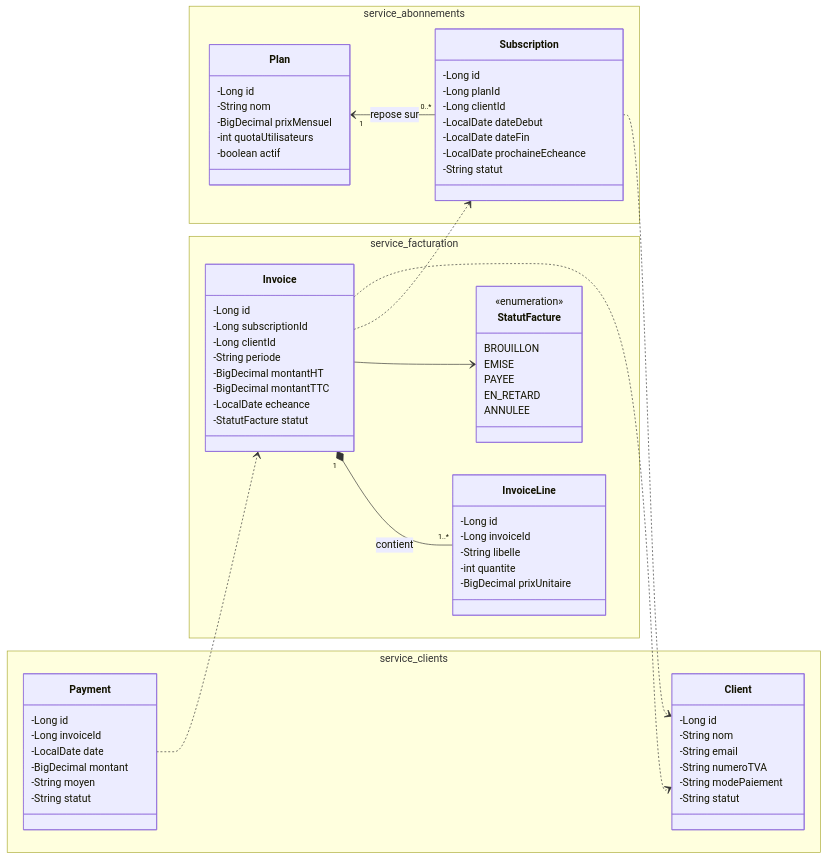
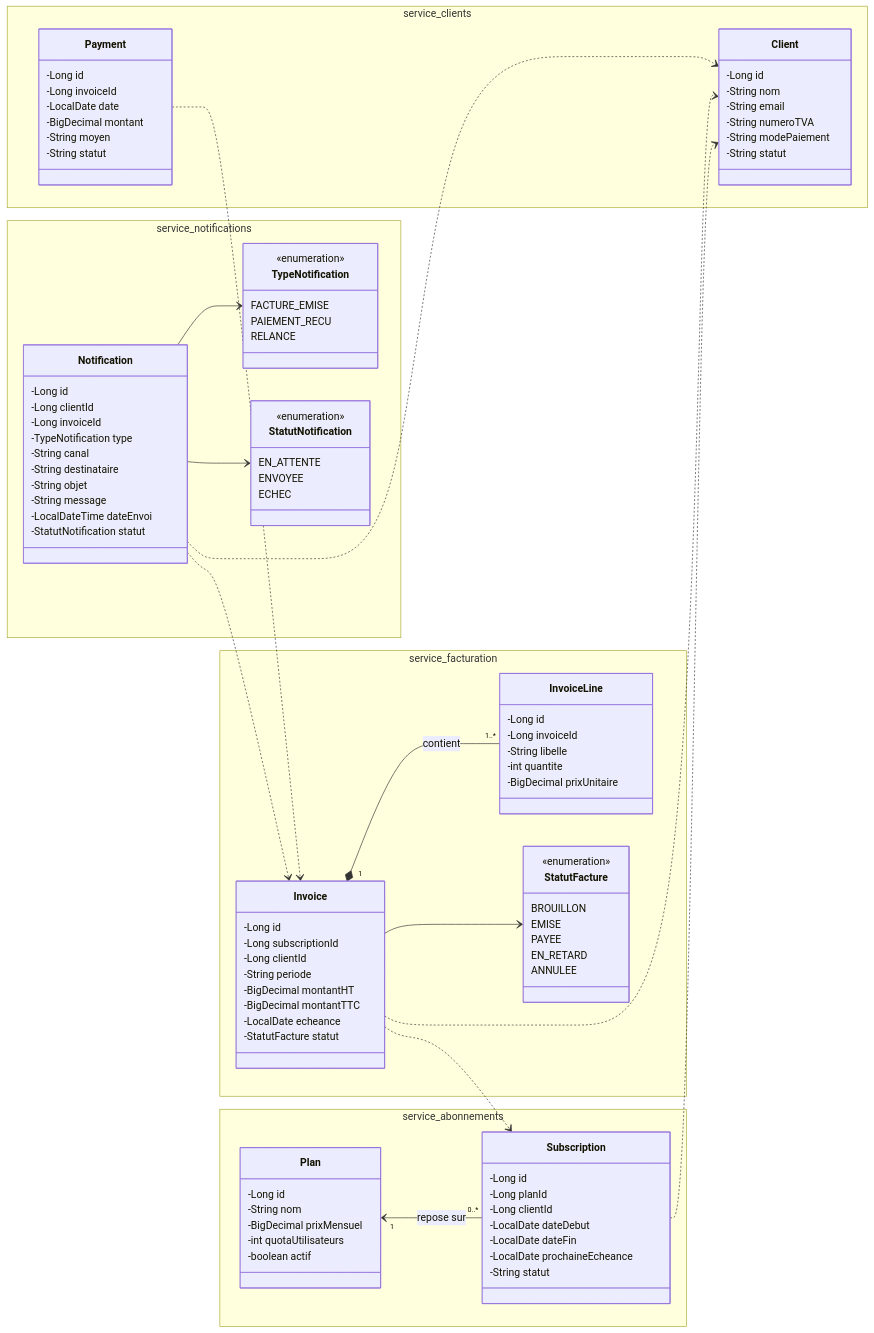
One commit to AymenEdd/Bill-Flex changed the second of 7 diagrams in README.md. Above: the diagram before and after it, drawn with Mermaid. The commit also changed other lines of this file, not shown here.

```diff
--- a/README.md
+++ b/README.md
@@ -96,10 +147,41 @@
     }
   }
 
+  namespace service_notifications {
+    class Notification {
+      -Long id
+      -Long clientId
+      -Long invoiceId
+      -TypeNotification type
+      -String canal
+      -String destinataire
+      -String objet
+      -String message
+      -LocalDateTime dateEnvoi
+      -StatutNotification statut
+    }
+    class TypeNotification {
+      <<enumeration>>
+      FACTURE_EMISE
+      PAIEMENT_RECU
+      RELANCE
+    }
+    class StatutNotification {
+      <<enumeration>>
+      EN_ATTENTE
+      ENVOYEE
+      ECHEC
+    }
+  }
+
   Plan "1" <-- "0..*" Subscription : repose sur
   Invoice "1" *-- "1..*" InvoiceLine : contient
   Invoice --> StatutFacture
+  Notification --> TypeNotification
+  Notification --> StatutNotification
 
+  Notification ..> Invoice
+  Notification ..> Client
   Invoice ..> Subscription
   Invoice ..> Client
   Subscription ..> Client
```
